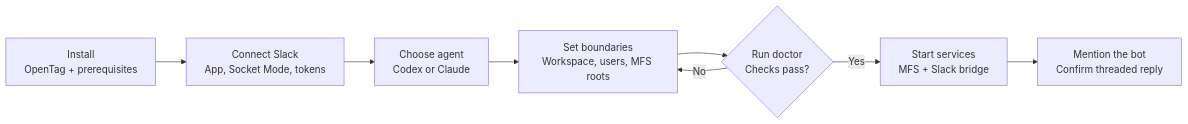
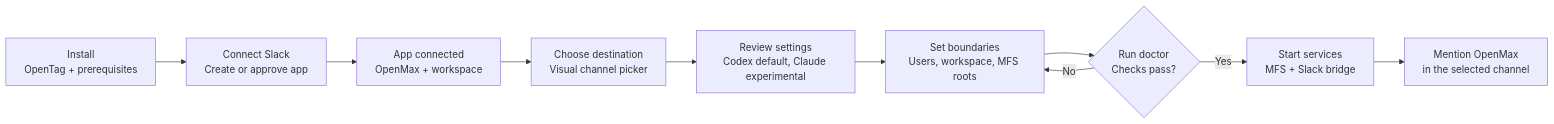
One commit to klovr-co/hover-tag changed the third of 18 diagrams in docs/user-flows.md. Above: the diagram before and after it, drawn with Mermaid. The commit also changed other lines of this file and 57 other files, not shown here.

````diff
--- a/docs/user-flows.md
+++ b/docs/user-flows.md
@@ -115,14 +119,16 @@
 ```mermaid
 flowchart LR
     Install["Install<br/>OpenTag + prerequisites"]
-    Slack["Connect Slack<br/>App, Socket Mode, tokens"]
-    Agent["Choose agent<br/>Codex or Claude"]
-    Guardrails["Set boundaries<br/>Workspace, users, MFS roots"]
+    Slack["Connect Slack<br/>Create or approve app"]
+    Connected["App connected<br/>OpenMax + workspace"]
+    Channel["Choose destination<br/>Visual channel picker"]
+    Agent["Review settings<br/>Codex default, Claude experimental"]
+    Guardrails["Set boundaries<br/>Users, workspace, MFS roots"]
     Doctor{"Run doctor<br/>Checks pass?"}
     Start["Start services<br/>MFS + Slack bridge"]
-    Test["Mention the bot<br/>Confirm threaded reply"]
+    Test["Mention OpenMax<br/>in the selected channel"]
 
-    Install --> Slack --> Agent --> Guardrails --> Doctor
+    Install --> Slack --> Connected --> Channel --> Agent --> Guardrails --> Doctor
     Doctor -->|No| Guardrails
     Doctor -->|Yes| Start --> Test
 ```
````
